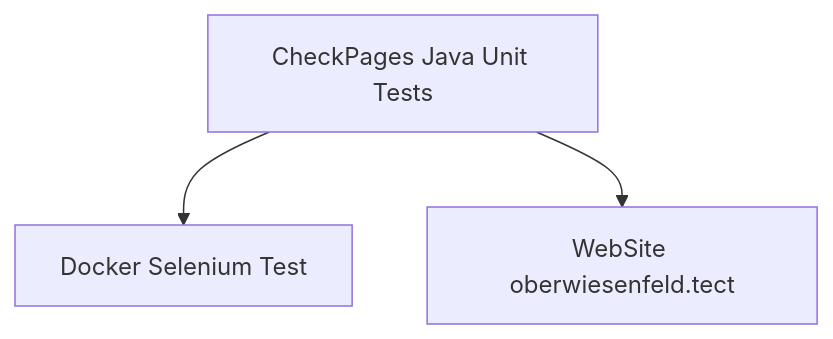
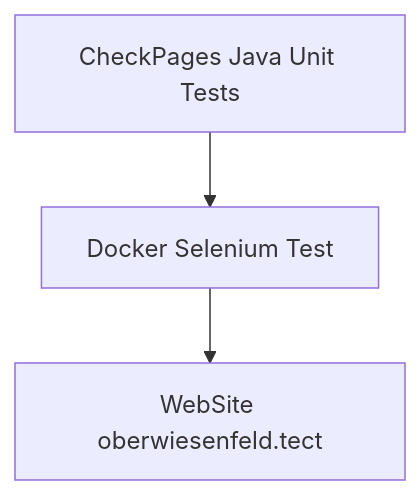
The diagram in README.md (oberwiesenfeld/checkpages-oberwiesenfeld-tech), drawn with Mermaid before and after one commit.

````diff
--- a/README.md
+++ b/README.md
@@ -12,5 +12,5 @@
 ```mermaid
 graph TD;
-B[CheckPages Java Unit Tests] --> A[Docker Selenium Test]
+A[CheckPages Java Unit Tests] --> B[Docker Selenium Test]
 B --> C[WebSite oberwiesenfeld.tect]
 ```
````
